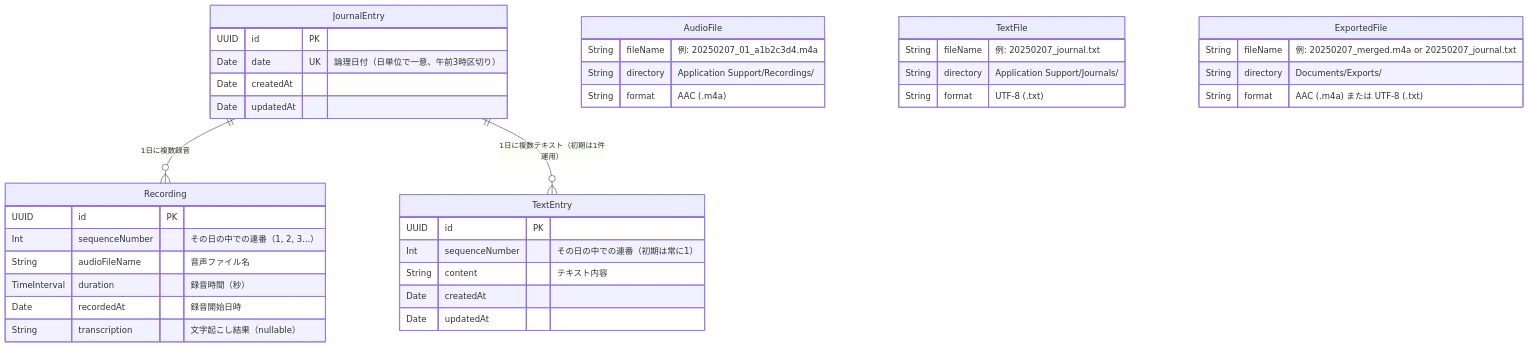
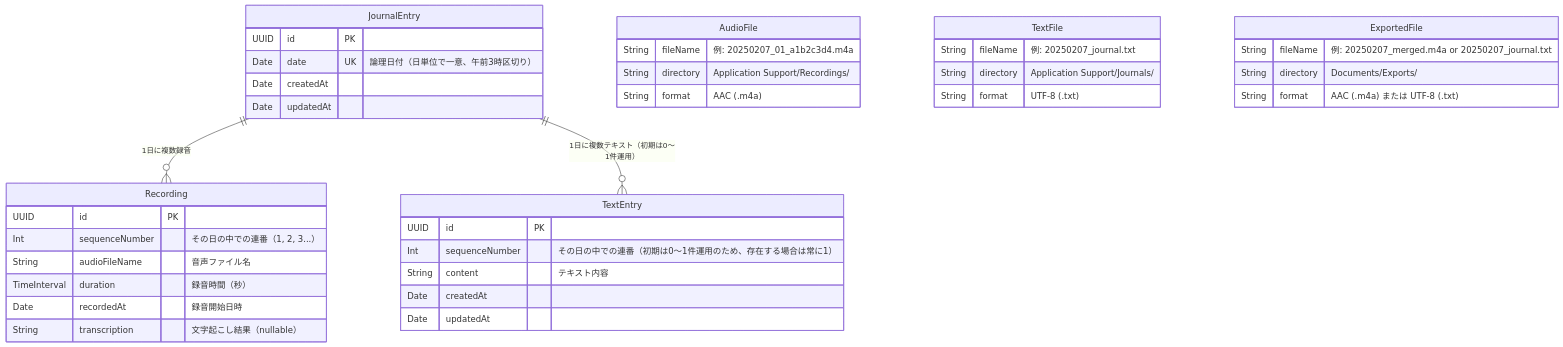
Before and after one commit to sy-hash/mind-echo: the diagram in docs/design-prompt.md, drawn with Mermaid. The commit also changed other lines of this file, not shown here.

````diff
--- a/docs/design-prompt.md
+++ b/docs/design-prompt.md
@@ -83,47 +88,47 @@
 ```mermaid
 erDiagram
     JournalEntry {
         UUID id PK
         Date date UK "論理日付（日単位で一意、午前3時区切り）"
         Date createdAt
         Date updatedAt
     }
 
     Recording {
         UUID id PK
         Int sequenceNumber "その日の中での連番（1, 2, 3...）"
         String audioFileName "音声ファイル名"
         TimeInterval duration "録音時間（秒）"
         Date recordedAt "録音開始日時"
         String transcription "文字起こし結果（nullable）"
     }
 
     TextEntry {
         UUID id PK
-        Int sequenceNumber "その日の中での連番（初期は常に1）"
+        Int sequenceNumber "その日の中での連番（初期は0〜1件運用のため、存在する場合は常に1）"
         String content "テキスト内容"
         Date createdAt
         Date updatedAt
     }
 
     JournalEntry ||--o{ Recording : "1日に複数録音"
-    JournalEntry ||--o{ TextEntry : "1日に複数テキスト（初期は1件運用）"
+    JournalEntry ||--o{ TextEntry : "1日に複数テキスト（初期は0〜1件運用）"
 
     AudioFile {
         String fileName "例: 20250207_01_a1b2c3d4.m4a"
         String directory "Application Support/Recordings/"
         String format "AAC (.m4a)"
     }
 
     TextFile {
         String fileName "例: 20250207_journal.txt"
         String directory "Application Support/Journals/"
         String format "UTF-8 (.txt)"
     }
 
     ExportedFile {
         String fileName "例: 20250207_merged.m4a or 20250207_journal.txt"
         String directory "Documents/Exports/"
         String format "AAC (.m4a) または UTF-8 (.txt)"
     }
 ```
````
